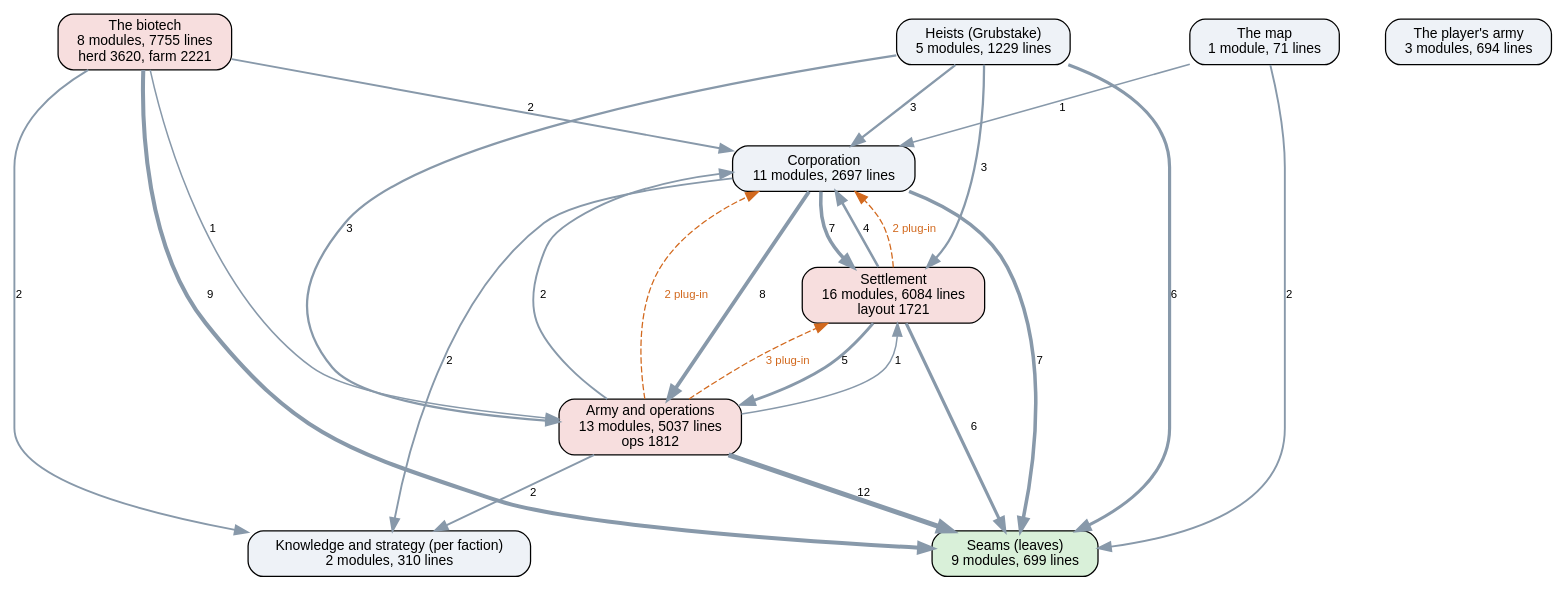
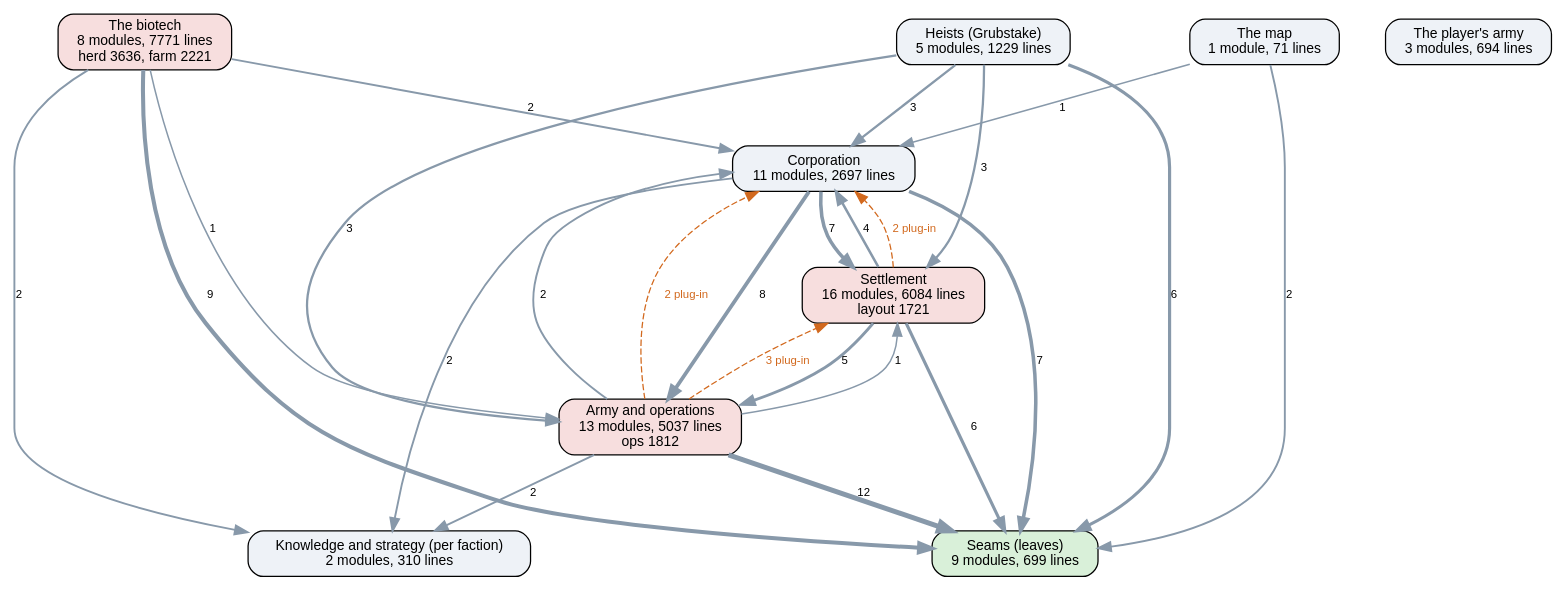
Before and after one commit to kinelhu/landing-party: the diagram in docs/ai-layers.dot, drawn with Graphviz. The commit also changed 8 other files, not shown here.

```diff
--- a/docs/ai-layers.dot
+++ b/docs/ai-layers.dot
@@ -1,38 +1,38 @@
 digraph layers {
   graph [rankdir=TB, fontname="Helvetica", nodesep=0.5, ranksep=0.7];
   node [shape=box, style="rounded,filled", fontname="Helvetica", fontsize=11, fillcolor="#eef2f7"];
   edge [color="#8899aa", fontname="Helvetica", fontsize=9];
   "Seams (leaves)" [label="Seams (leaves)\n9 modules, 699 lines", fillcolor="#d9f0d9"];
   "Knowledge and strategy (per faction)" [label="Knowledge and strategy (per faction)\n2 modules, 310 lines", fillcolor="#eef2f7"];
   "Corporation" [label="Corporation\n11 modules, 2697 lines", fillcolor="#eef2f7"];
   "Settlement" [label="Settlement\n16 modules, 6084 lines\nlayout 1721", fillcolor="#f7dede"];
   "Army and operations" [label="Army and operations\n13 modules, 5037 lines\nops 1812", fillcolor="#f7dede"];
   "Heists (Grubstake)" [label="Heists (Grubstake)\n5 modules, 1229 lines", fillcolor="#eef2f7"];
-  "The biotech" [label="The biotech\n8 modules, 7755 lines\nherd 3620, farm 2221", fillcolor="#f7dede"];
+  "The biotech" [label="The biotech\n8 modules, 7771 lines\nherd 3636, farm 2221", fillcolor="#f7dede"];
   "The map" [label="The map\n1 module, 71 lines", fillcolor="#eef2f7"];
   "The player's army" [label="The player's army\n3 modules, 694 lines", fillcolor="#eef2f7"];
   "Army and operations" -> "Corporation" [label="2", penwidth=1.5];
   "Army and operations" -> "Knowledge and strategy (per faction)" [label="2", penwidth=1.5];
   "Army and operations" -> "Seams (leaves)" [label="12", penwidth=4.0];
   "Army and operations" -> "Settlement" [label="1", penwidth=1.2];
   "Corporation" -> "Army and operations" [label="8", penwidth=3.0];
   "Corporation" -> "Knowledge and strategy (per faction)" [label="2", penwidth=1.5];
   "Corporation" -> "Seams (leaves)" [label="7", penwidth=2.8];
   "Corporation" -> "Settlement" [label="7", penwidth=2.8];
   "Heists (Grubstake)" -> "Army and operations" [label="3", penwidth=1.8];
   "Heists (Grubstake)" -> "Corporation" [label="3", penwidth=1.8];
   "Heists (Grubstake)" -> "Seams (leaves)" [label="6", penwidth=2.5];
   "Heists (Grubstake)" -> "Settlement" [label="3", penwidth=1.8];
   "Settlement" -> "Army and operations" [label="5", penwidth=2.2];
   "Settlement" -> "Corporation" [label="4", penwidth=2.0];
   "Settlement" -> "Seams (leaves)" [label="6", penwidth=2.5];
   "The biotech" -> "Army and operations" [label="1", penwidth=1.2];
   "The biotech" -> "Corporation" [label="2", penwidth=1.5];
   "The biotech" -> "Knowledge and strategy (per faction)" [label="2", penwidth=1.5];
   "The biotech" -> "Seams (leaves)" [label="9", penwidth=3.2];
   "The map" -> "Corporation" [label="1", penwidth=1.2];
   "The map" -> "Seams (leaves)" [label="2", penwidth=1.5];
   "Army and operations" -> "Corporation" [style=dashed, color="#d2691e", fontcolor="#d2691e", label="2 plug-in"];
   "Army and operations" -> "Settlement" [style=dashed, color="#d2691e", fontcolor="#d2691e", label="3 plug-in"];
   "Settlement" -> "Corporation" [style=dashed, color="#d2691e", fontcolor="#d2691e", label="2 plug-in"];
 }
```
